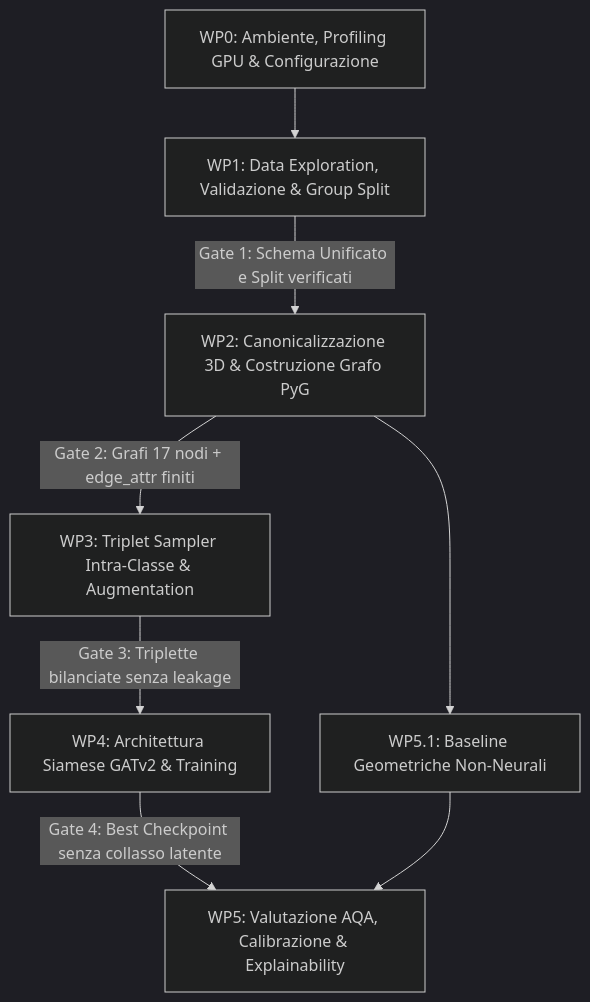
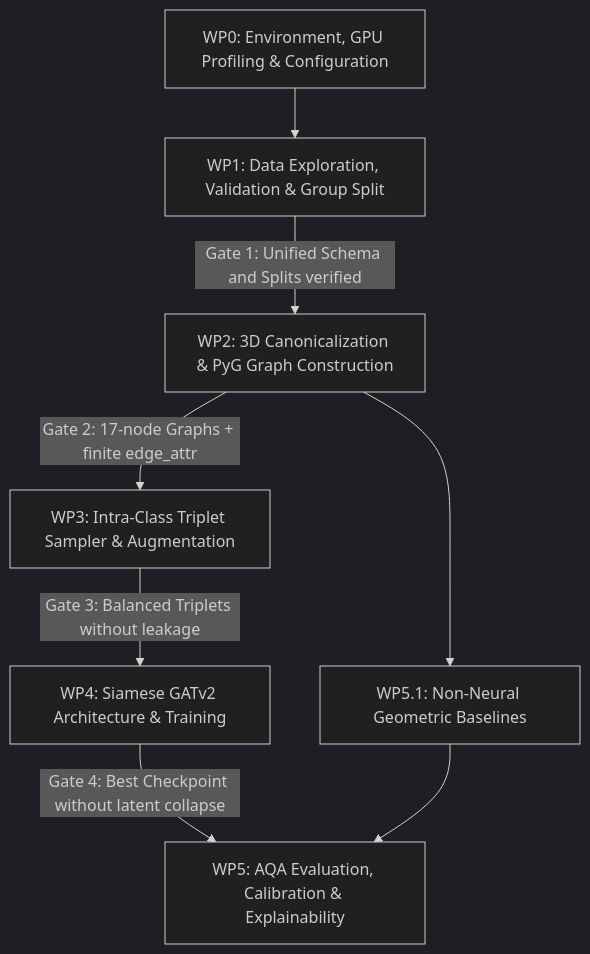
The diagram in sottospecifica_task_e_vincoli.md (GabrieleTondi/Pose-Landmark), drawn with Mermaid (dark theme) before and after one commit. The commit also changed other lines of this file and 34 other files, not shown here.

````diff
--- a/sottospecifica_task_e_vincoli.md
+++ b/sottospecifica_task_e_vincoli.md
@@ -23,10 +23,10 @@
 ```mermaid
 flowchart TD
-    WP0["WP0: Ambiente, Profiling GPU & Configurazione"] --> WP1["WP1: Data Exploration, Validazione & Group Split"]
-    WP1 -->|"Gate 1: Schema Unificato e Split verificati"| WP2["WP2: Canonicalizzazione 3D & Costruzione Grafo PyG"]
-    WP2 -->|"Gate 2: Grafi 17 nodi + edge_attr finiti"| WP3["WP3: Triplet Sampler Intra-Classe & Augmentation"]
-    WP2 --> WP5_BASE["WP5.1: Baseline Geometriche Non-Neurali"]
-    WP3 -->|"Gate 3: Triplette bilanciate senza leakage"| WP4["WP4: Architettura Siamese GATv2 & Training"]
-    WP4 -->|"Gate 4: Best Checkpoint senza collasso latente"| WP5["WP5: Valutazione AQA, Calibrazione & Explainability"]
+    WP0["WP0: Environment, GPU Profiling & Configuration"] --> WP1["WP1: Data Exploration, Validation & Group Split"]
+    WP1 -->|"Gate 1: Unified Schema and Splits verified"| WP2["WP2: 3D Canonicalization & PyG Graph Construction"]
+    WP2 -->|"Gate 2: 17-node Graphs + finite edge_attr"| WP3["WP3: Intra-Class Triplet Sampler & Augmentation"]
+    WP2 --> WP5_BASE["WP5.1: Non-Neural Geometric Baselines"]
+    WP3 -->|"Gate 3: Balanced Triplets without leakage"| WP4["WP4: Siamese GATv2 Architecture & Training"]
+    WP4 -->|"Gate 4: Best Checkpoint without latent collapse"| WP5["WP5: AQA Evaluation, Calibration & Explainability"]
     WP5_BASE --> WP5
 ```
````
